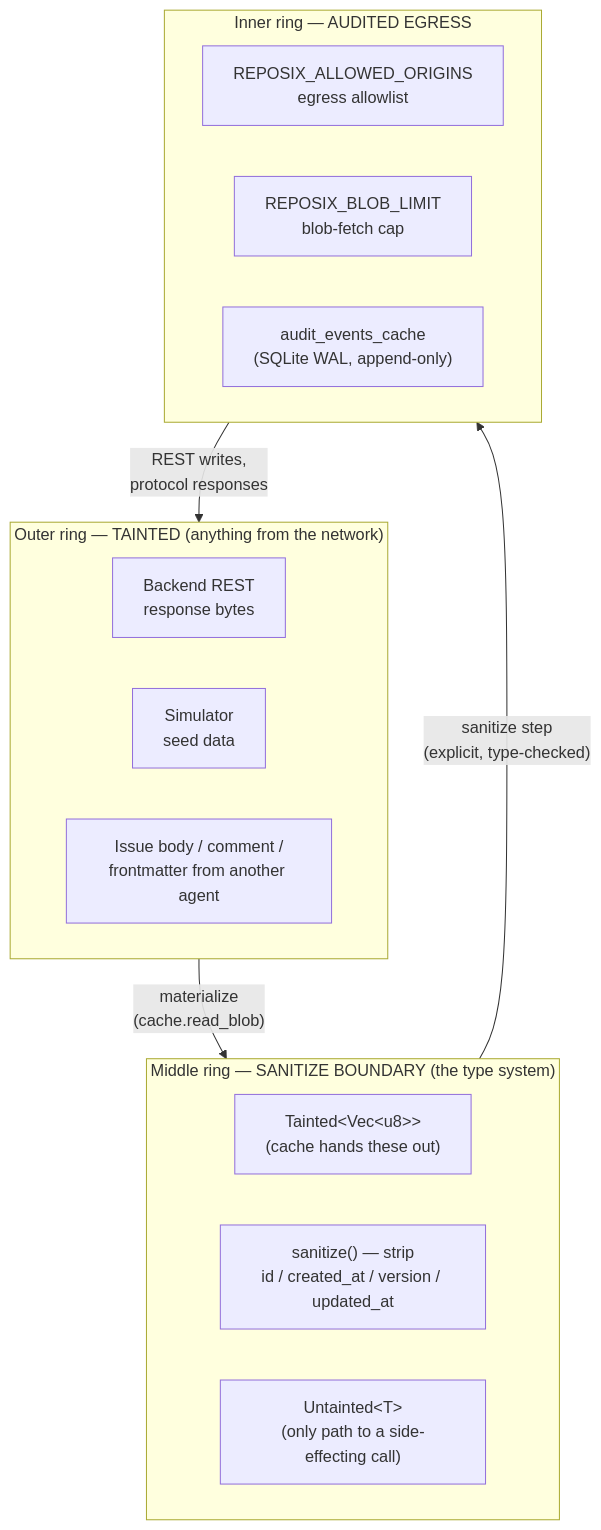
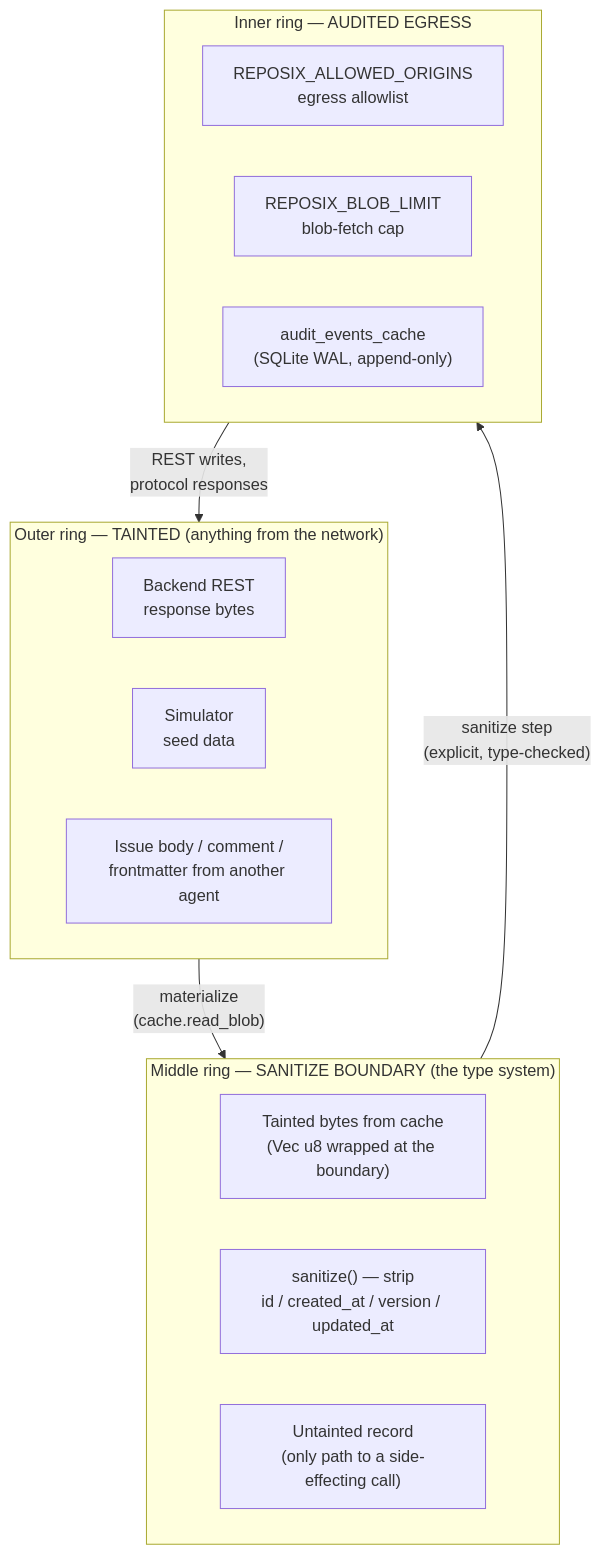
One commit to reubenjohn/reposix changed the diagram in docs/how-it-works/trust-model.md. Above: the diagram before and after it, drawn with Mermaid. The commit also changed 1 other file, not shown here.

Commit message:
fix(docs): mermaid root cause — strip HTML entities from sequenceDiagram (POLISH-03)
The sequenceDiagram block in git-layer.md used `&lt;id&gt;` thinking of rendered HTML.
Inside a mermaid fenced block, mkdocs-material treats the body as raw mermaid source;
mermaid reads `code.textContent` -> sees literal `<id>` -> the sequenceDiagram parser
bails on the `<` token and renders an error SVG attached directly to `<body>`. mkdocs-
material's `navigation.instant` SPA nav swap leaves that body-level error SVG orphaned
across every subsequent page swap, producing the global "Syntax error in text /
mermaid version 11.14.0" footer symptom every visitor sees.

Quote the message so mermaid permits the reserved `<` char:
  Helper->>API: "GET /issues/<id> (current version)"

Also fixes the silent render failure on trust-model.md by replacing the doubly-encoded
`Tainted&lt;Vec&lt;u8&gt;&gt;` / `Untainted&lt;T&gt;` labels with prose that does not
collide with mermaid's edge syntax.

Audit: .planning/research/v0.11.0-mkdocs-site-audit.md F1+F2.

````diff
--- a/docs/how-it-works/trust-model.md
+++ b/docs/how-it-works/trust-model.md
@@ -17,27 +17,27 @@
 ```mermaid
 flowchart TB
     subgraph TAINTED["Outer ring — TAINTED (anything from the network)"]
         direction LR
         T1["Backend REST<br/>response bytes"]
         T2["Simulator<br/>seed data"]
         T3["Issue body / comment /<br/>frontmatter from another agent"]
     end
 
     subgraph SANITIZE["Middle ring — SANITIZE BOUNDARY (the type system)"]
         direction LR
-        S1["Tainted&lt;Vec&lt;u8&gt;&gt;<br/>(cache hands these out)"]
+        S1["Tainted bytes from cache<br/>(Vec u8 wrapped at the boundary)"]
         S2["sanitize() — strip<br/>id / created_at / version / updated_at"]
-        S3["Untainted&lt;T&gt;<br/>(only path to a side-effecting call)"]
+        S3["Untainted record<br/>(only path to a side-effecting call)"]
     end
 
     subgraph AUDITED["Inner ring — AUDITED EGRESS"]
         direction LR
         E1["REPOSIX_ALLOWED_ORIGINS<br/>egress allowlist"]
         E2["REPOSIX_BLOB_LIMIT<br/>blob-fetch cap"]
         E3["audit_events_cache<br/>(SQLite WAL, append-only)"]
     end
 
     TAINTED -->|"materialize<br/>(cache.read_blob)"| SANITIZE
     SANITIZE -->|"sanitize step<br/>(explicit, type-checked)"| AUDITED
     AUDITED -->|"REST writes,<br/>protocol responses"| TAINTED
 ```
````
